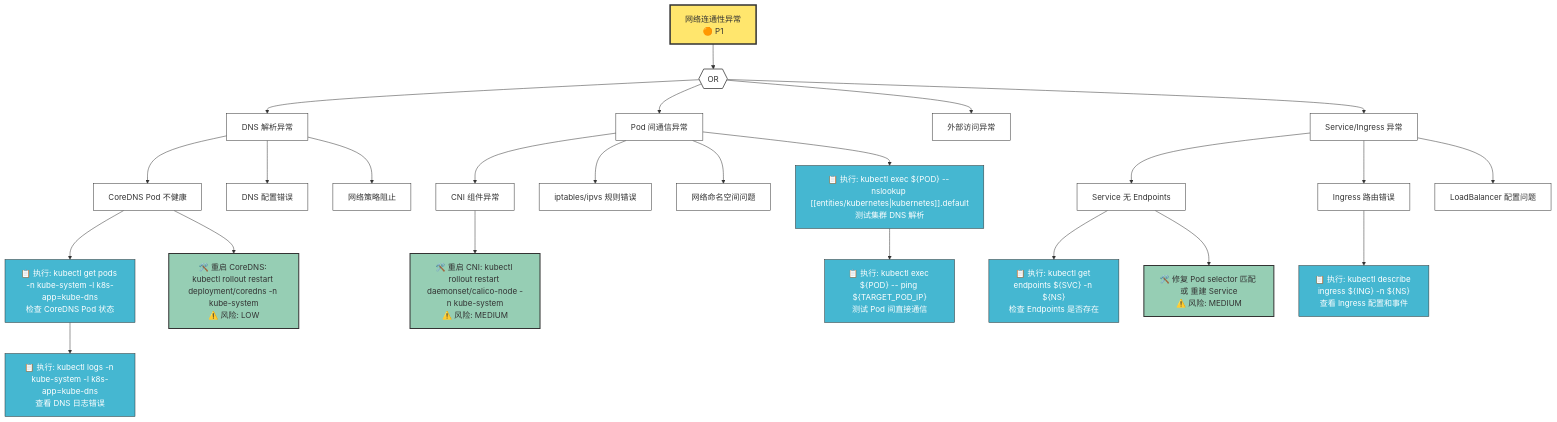
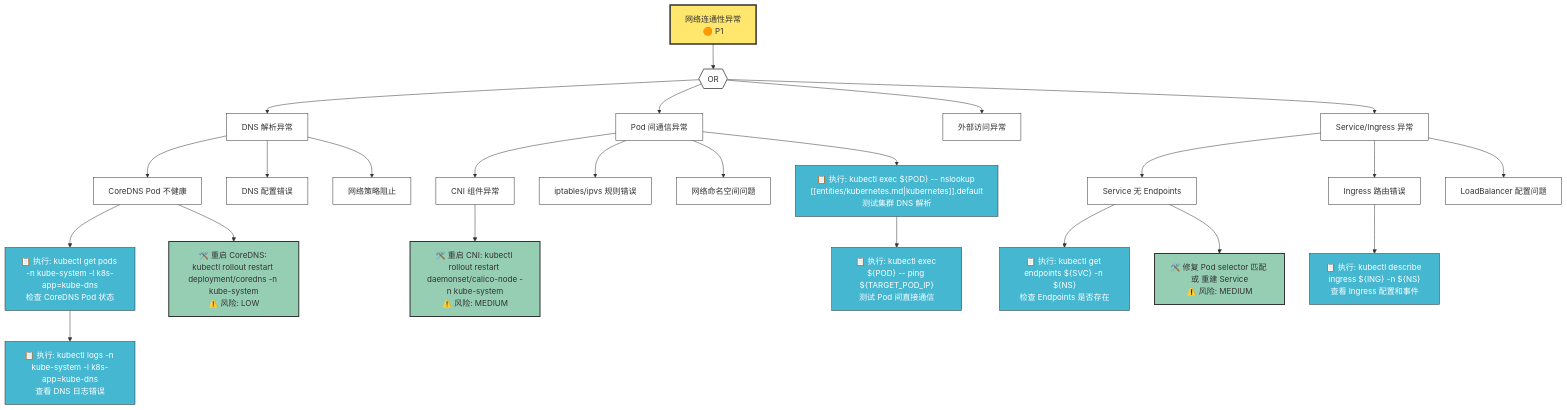
The fifth of 5 diagrams in docs/agent-specs/P1-4-Decision-Tree-Mermaid-Spec.md (kudig-io/kudig-database), drawn with Mermaid before and after one commit. The commit also changed 4223 other files, not shown here.

````diff
--- a/docs/agent-specs/P1-4-Decision-Tree-Mermaid-Spec.md
+++ b/docs/agent-specs/P1-4-Decision-Tree-Mermaid-Spec.md
@@ -304,75 +304,75 @@
 ```mermaid
 flowchart TD
     %% ========== 顶事件 ==========
     TE["网络连通性异常<br/>🟠 P1"]
     
     %% ========== 症状分类 ==========
     OR1{{"OR"}}
     TE --> OR1
     
     IE1["DNS 解析异常"]
     IE2["Pod 间通信异常"]
     IE3["外部访问异常"]
     IE4["Service/Ingress 异常"]
     
     OR1 --> IE1
     OR1 --> IE2
     OR1 --> IE3
     OR1 --> IE4
     
     %% ========== DNS 异常 ==========
     IE1 --> IE1_A["CoreDNS Pod 不健康"]
     IE1 --> IE1_B["DNS 配置错误"]
     IE1 --> IE1_C["网络策略阻止"]
     
     DS1["📋 执行: kubectl get pods -n kube-system -l k8s-app=kube-dns<br/>检查 CoreDNS Pod 状态"]
     IE1_A --> DS1
     
     DS2["📋 执行: kubectl logs -n kube-system -l k8s-app=kube-dns<br/>查看 DNS 日志错误"]
     DS1 --> DS2
     
     REM1["🛠️ 重启 CoreDNS: kubectl rollout restart deployment/coredns -n kube-system<br/>⚠️ 风险: LOW"]
     IE1_A --> REM1
     
     %% ========== Pod 间通信 ==========
     IE2 --> IE2_A["CNI 组件异常"]
     IE2 --> IE2_B["iptables/ipvs 规则错误"]
     IE2 --> IE2_C["网络命名空间问题"]
     
-    DS3["📋 执行: kubectl exec ${POD} -- nslookup [[entities/kubernetes|kubernetes]].default<br/>测试集群 DNS 解析"]
+    DS3["📋 执行: kubectl exec ${POD} -- nslookup [[entities/kubernetes.md|kubernetes]].default<br/>测试集群 DNS 解析"]
     IE2 --> DS3
     
     DS4["📋 执行: kubectl exec ${POD} -- ping ${TARGET_POD_IP}<br/>测试 Pod 间直接通信"]
     DS3 --> DS4
     
     REM2["🛠️ 重启 CNI: kubectl rollout restart daemonset/calico-node -n kube-system<br/>⚠️ 风险: MEDIUM"]
     IE2_A --> REM2
     
     %% ========== Service/Ingress ==========
     IE4 --> IE4_A["Service 无 Endpoints"]
     IE4 --> IE4_B["Ingress 路由错误"]
     IE4 --> IE4_C["LoadBalancer 配置问题"]
     
     DS5["📋 执行: kubectl get endpoints ${SVC} -n ${NS}<br/>检查 Endpoints 是否存在"]
     IE4_A --> DS5
     
     DS6["📋 执行: kubectl describe ingress ${ING} -n ${NS}<br/>查看 Ingress 配置和事件"]
     IE4_B --> DS6
     
     REM3["🛠️ 修复 Pod selector 匹配 或 重建 Service<br/>⚠️ 风险: MEDIUM"]
     IE4_A --> REM3
     
     %% ========== 样式 ==========
     classDef te fill:#FFE66D,stroke:#333,stroke-width:3px,color:#333
     classDef ie fill:#FFF,stroke:#333,stroke-width:1px
     classDef ds fill:#45B7D1,stroke:#333,stroke-width:1px,color:#fff
     classDef rem fill:#96CEB4,stroke:#333,stroke-width:2px
     classDef or_gate fill:#FFF,stroke:#666,stroke-width:2px
     
     class TE te
     class OR1,IE1,IE2,IE3,IE4 ie
     class IE1_A,IE1_B,IE1_C,IE2_A,IE2_B,IE2_C,IE4_A,IE4_B,IE4_C ie
     class DS1,DS2,DS3,DS4,DS5,DS6 ds
     class REM1,REM2,REM3 rem
     class OR1 or_gate
 ```
````
